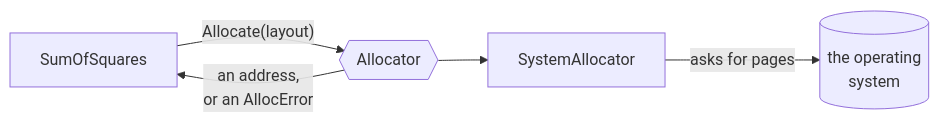
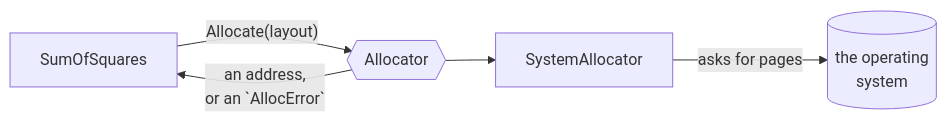
One commit to rux-lang/Web changed the diagram in content/docs/1.learn/15.memory/09.allocator.md. Above: the diagram before and after it, drawn with Mermaid. The commit also changed 187 other files, not shown here.

First line of the commit message:
Draw the Learn diagrams for phones, with code in the mono face

````diff
--- a/content/docs/1.learn/15.memory/09.allocator.md
+++ b/content/docs/1.learn/15.memory/09.allocator.md
@@ -43,7 +43,7 @@
 ```mermaid
 flowchart LR
-    f["SumOfSquares"] -- "Allocate(layout)" --> i{{"Allocator"}}
-    i --> s["SystemAllocator"]
+    f["`SumOfSquares`"] -- "`Allocate(layout)`" --> i{{"`Allocator`"}}
+    i --> s["`SystemAllocator`"]
     s -- "asks for pages" --> os[("the operating<br/>system")]
-    i -- "an address,<br/>or an AllocError" --> f
+    i -- "an address,<br/>or an `AllocError`" --> f
 ```
````
